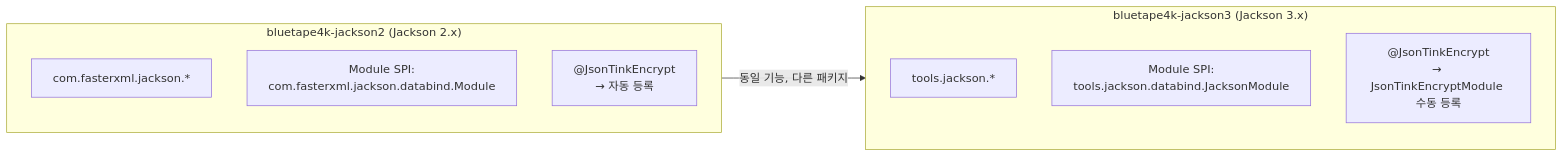
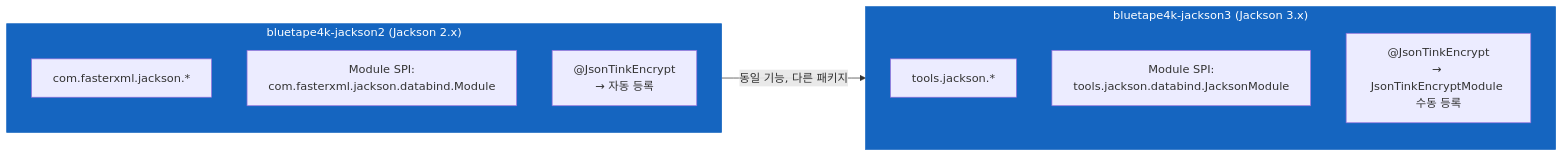
The first of 3 diagrams in io/jackson3/README.ko.md (bluetape4k/bluetape4k-projects), drawn with Mermaid before and after one commit. The commit also changed other lines of this file and 221 other files, not shown here.

First line of the commit message:
docs: 전체 모듈 README UML 다이어그램 보강 및 색상 업그레이드

````diff
--- a/io/jackson3/README.ko.md
+++ b/io/jackson3/README.ko.md
@@ -298,16 +298,20 @@
 ```mermaid
 flowchart LR
     subgraph JK2["bluetape4k-jackson2 (Jackson 2.x)"]
         M2[com.fasterxml.jackson.*]
         MOD2[Module SPI:<br/>com.fasterxml.jackson.databind.Module]
         TK2["@JsonTinkEncrypt<br/>→ 자동 등록"]
     end
 
     subgraph JK3["bluetape4k-jackson3 (Jackson 3.x)"]
         M3[tools.jackson.*]
         MOD3[Module SPI:<br/>tools.jackson.databind.JacksonModule]
         TK3["@JsonTinkEncrypt<br/>→ JsonTinkEncryptModule 수동 등록"]
     end
 
     JK2 -->|동일 기능, 다른 패키지| JK3
+
+    classDef serviceStyle fill:#1565C0,stroke:#1565C0,color:#FFFFFF
+    class JK2 serviceStyle
+    class JK3 serviceStyle
 ```
````
